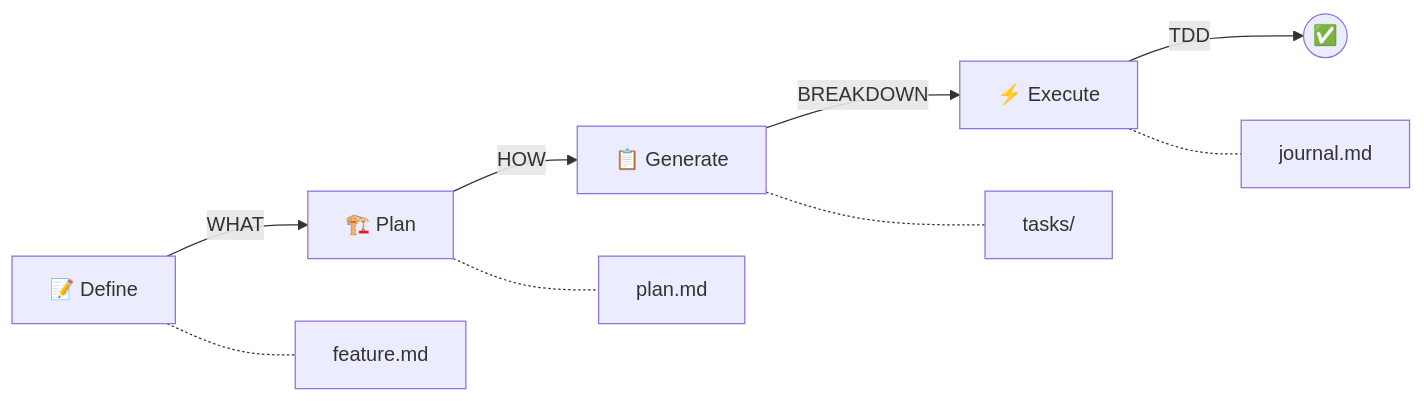
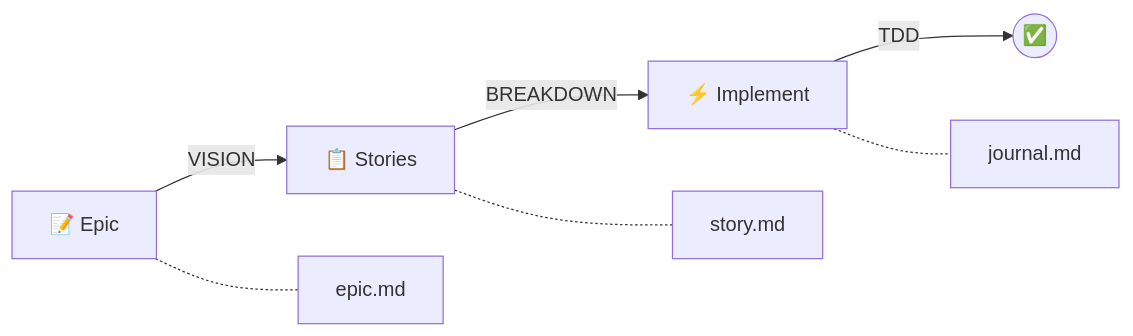
One commit to Roeia1/claude-task-system changed the diagram in README.md. Above: the diagram before and after it, drawn with Mermaid. The commit also changed other lines of this file, not shown here.

First line of the commit message:
docs: update README for V2 epic/story workflow

````diff
--- a/README.md
+++ b/README.md
@@ -13,12 +12,10 @@
 ```mermaid
 flowchart LR
-    A[📝 Define] -->|WHAT| B[🏗️ Plan]
-    B -->|HOW| C[📋 Generate]
-    C -->|BREAKDOWN| D[⚡ Execute]
-    D -->|TDD| E((✅))
+    A[📝 Epic] -->|VISION| B[📋 Stories]
+    B -->|BREAKDOWN| C[⚡ Implement]
+    C -->|TDD| D((✅))
 
-    A -.- A1[feature.md]
-    B -.- B1[plan.md]
-    C -.- C1[tasks/]
-    D -.- D1[journal.md]
+    A -.- A1[epic.md]
+    B -.- B1[story.md]
+    C -.- C1[journal.md]
 ```
````
